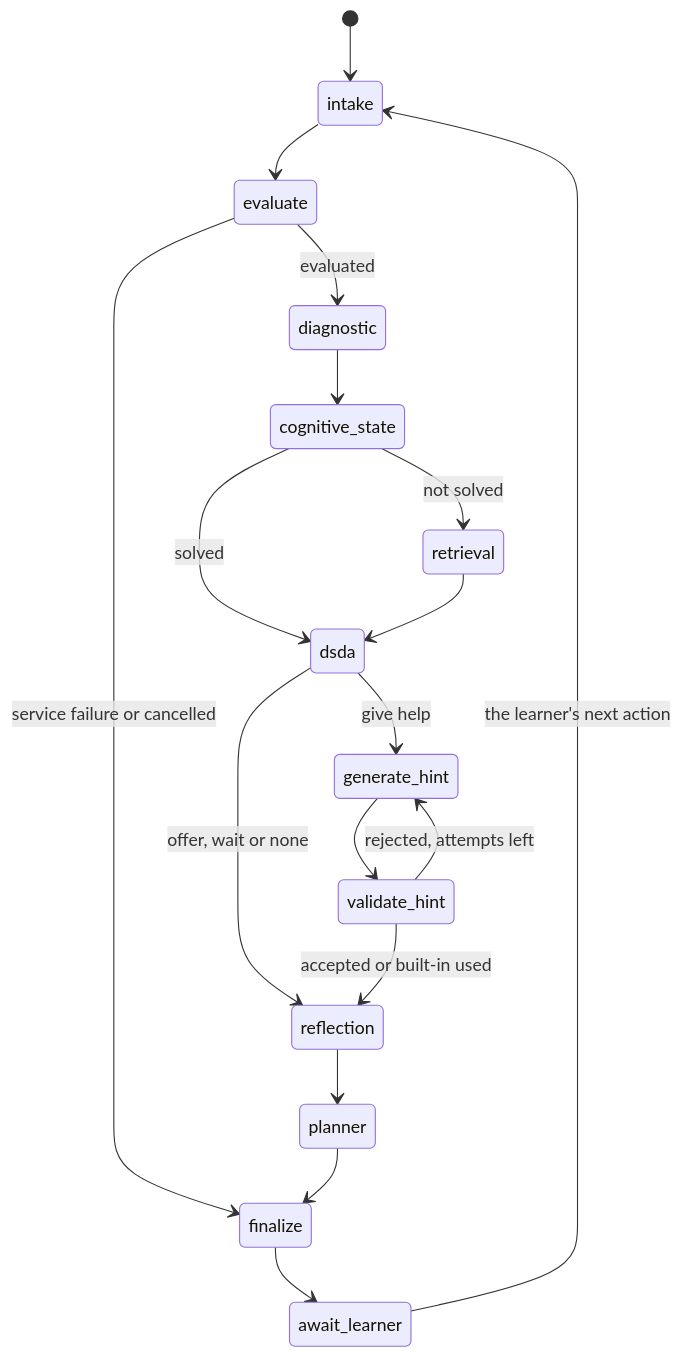
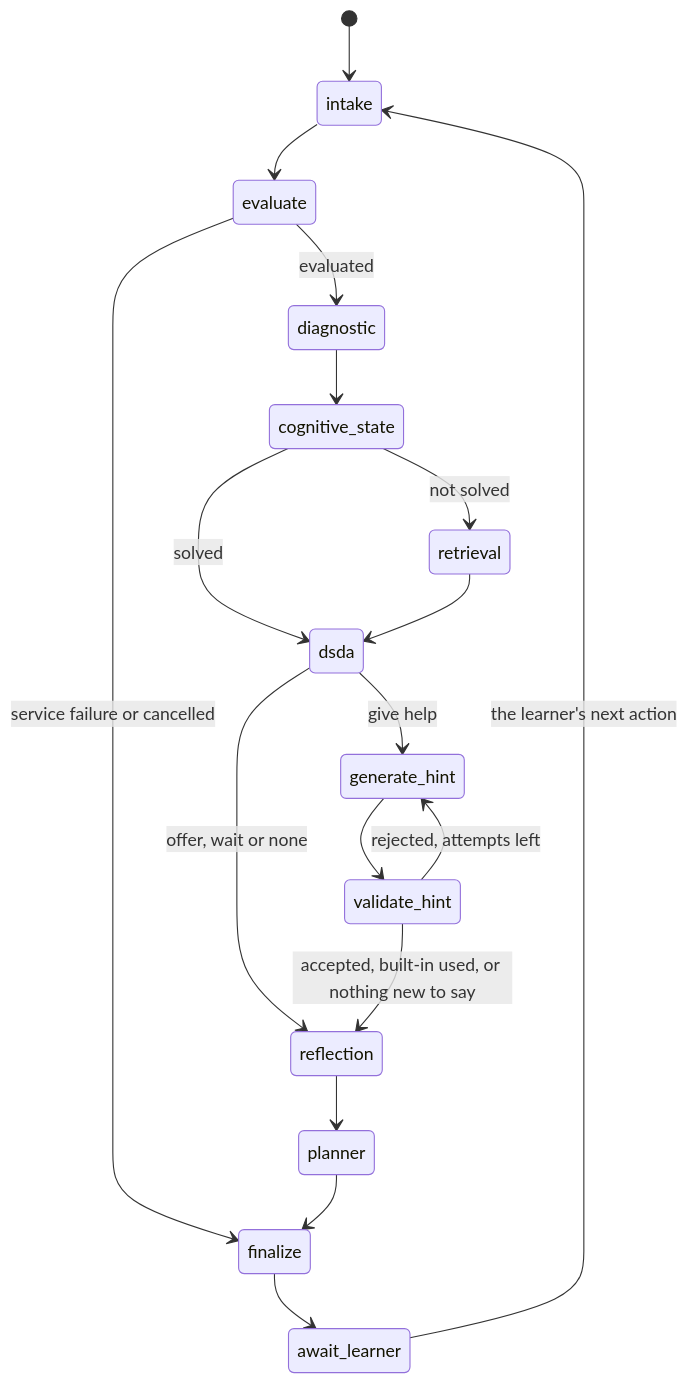
The second of 5 diagrams in docs/architecture.md (lokesh12125/AdaptiveAITutor), drawn with Mermaid before and after one commit. The commit also changed other lines of this file and 201 other files, not shown here.

````diff
--- a/docs/architecture.md
+++ b/docs/architecture.md
@@ -26,20 +28,20 @@
 ```mermaid
 stateDiagram-v2
     [*] --> intake
     intake --> evaluate
     evaluate --> diagnostic: evaluated
     evaluate --> finalize: service failure or cancelled
     diagnostic --> cognitive_state
     cognitive_state --> retrieval: not solved
     cognitive_state --> dsda: solved
     retrieval --> dsda
     dsda --> generate_hint: give help
     dsda --> reflection: offer, wait or none
     generate_hint --> validate_hint
     validate_hint --> generate_hint: rejected, attempts left
-    validate_hint --> reflection: accepted or built-in used
+    validate_hint --> reflection: accepted, built-in used, or nothing new to say
     reflection --> planner
     planner --> finalize
     finalize --> await_learner
     await_learner --> intake: the learner's next action
 ```
````
